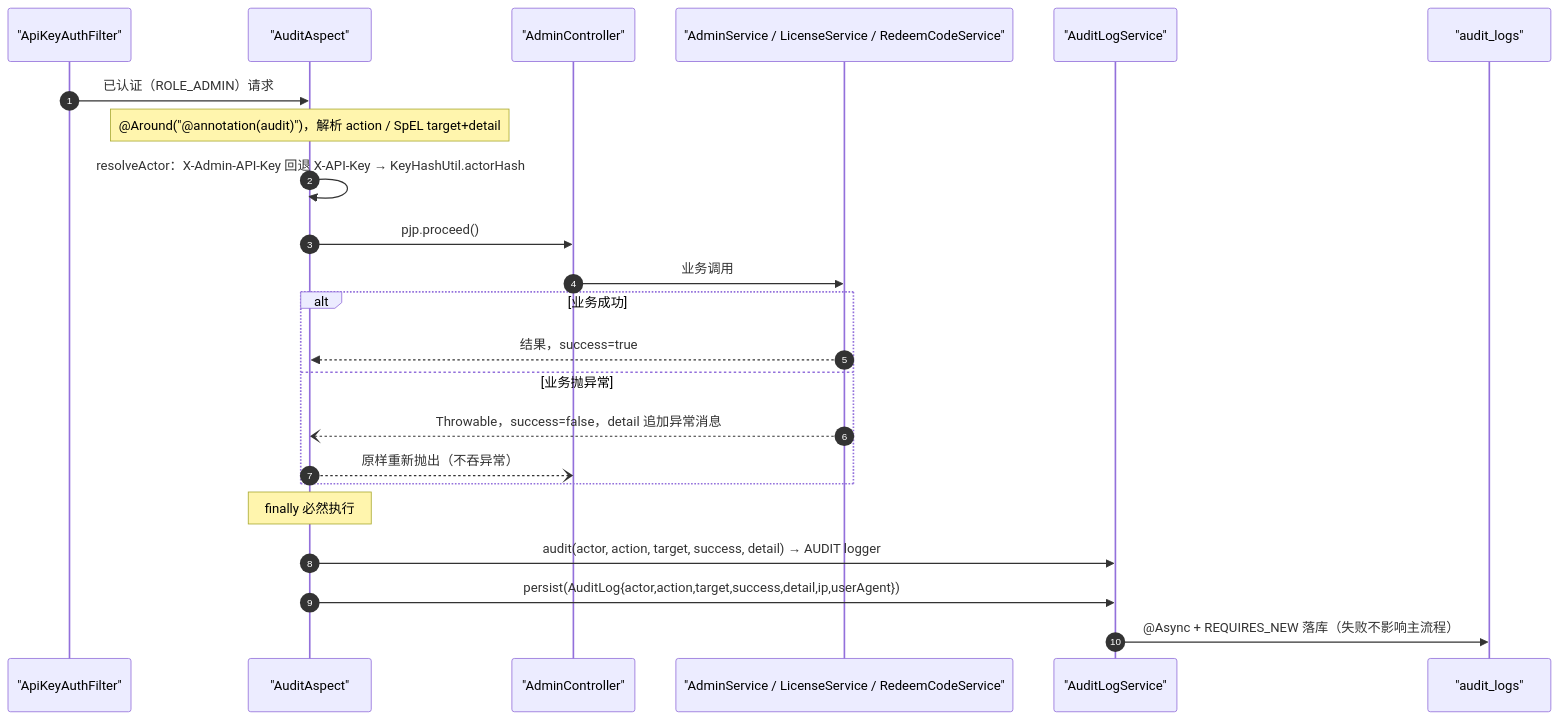
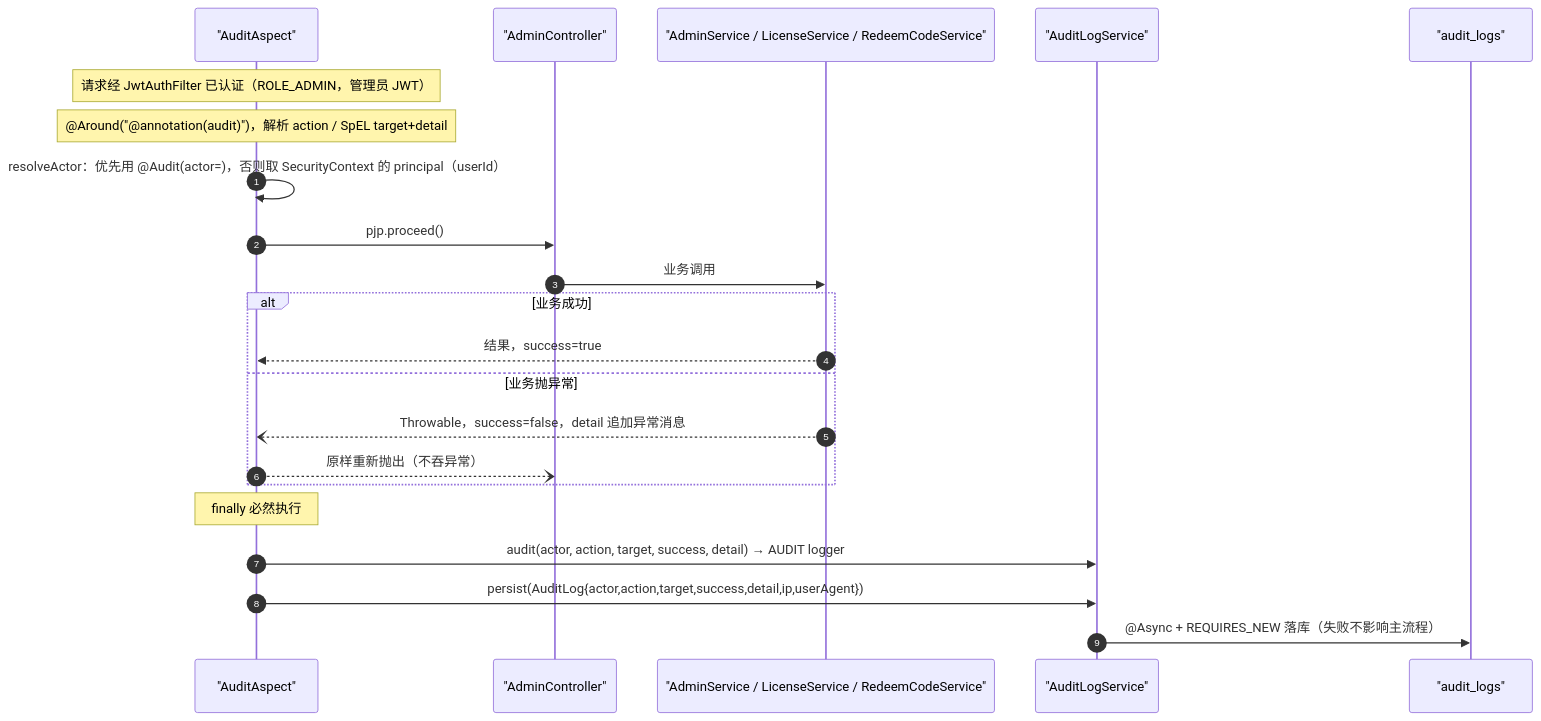
One commit to qingchuang12/billing-license-service changed the fifth of 16 diagrams in docs/接口调用时序图.md. Above: the diagram before and after it, drawn with Mermaid. The commit also changed other lines of this file and 24 other files, not shown here.

First line of the commit message:
feat(security): 移除 X-API-Key 通道，管理端统一为管理员 JWT（plan-6.0 A12 + B3）

````diff
--- a/docs/接口调用时序图.md
+++ b/docs/接口调用时序图.md
@@ -244,26 +242,25 @@
 ```mermaid
 sequenceDiagram
     autonumber
-    participant AK as "ApiKeyAuthFilter"
     participant AA as "AuditAspect"
     participant CT as "AdminController"
     participant SV as "AdminService / LicenseService / RedeemCodeService"
     participant ALS as "AuditLogService"
     participant DB as "audit_logs"
 
-    AK->>AA: 已认证（ROLE_ADMIN）请求
+    Note over AA: 请求经 JwtAuthFilter 已认证（ROLE_ADMIN，管理员 JWT）
     Note over AA: @Around("@annotation(audit)")，解析 action / SpEL target+detail
-    AA->>AA: resolveActor：X-Admin-API-Key 回退 X-API-Key → KeyHashUtil.actorHash
+    AA->>AA: resolveActor：优先用 @Audit(actor=)，否则取 SecurityContext 的 principal（userId）
     AA->>CT: pjp.proceed()
     CT->>SV: 业务调用
     alt 业务成功
         SV-->>AA: 结果，success=true
     else 业务抛异常
         SV--)AA: Throwable，success=false，detail 追加异常消息
         AA--)CT: 原样重新抛出（不吞异常）
     end
     Note over AA: finally 必然执行
     AA->>ALS: audit(actor, action, target, success, detail) → AUDIT logger
     AA->>ALS: persist(AuditLog{actor,action,target,success,detail,ip,userAgent})
     ALS->>DB: @Async + REQUIRES_NEW 落库（失败不影响主流程）
 ```
````
